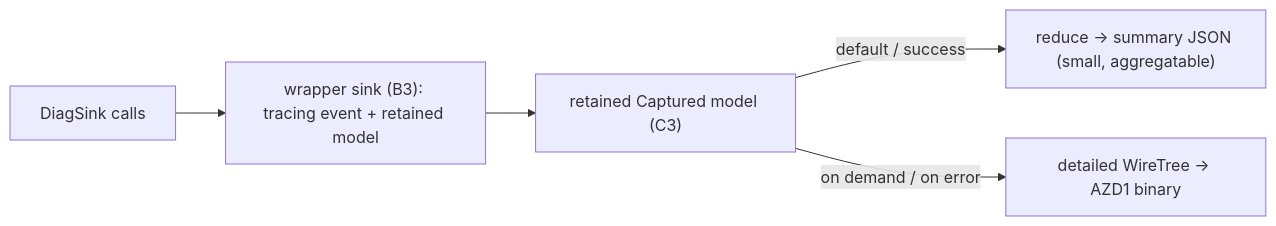
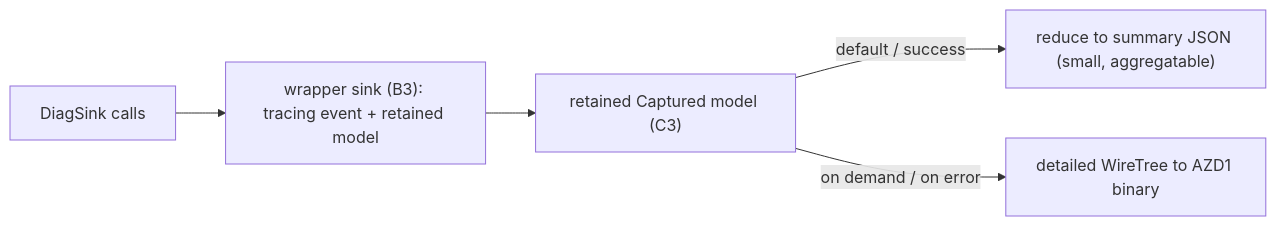
The third of 3 diagrams in DIAGNOSTICS-POC-REPORT.md (NaluTripician/azure-sdk-for-rust), drawn with Mermaid before and after one commit. The commit also changed other lines of this file, not shown here.

First line of the commit message:
Rename combos to descriptive names; fix mermaid labels

````diff
--- a/DIAGNOSTICS-POC-REPORT.md
+++ b/DIAGNOSTICS-POC-REPORT.md
@@ -198,7 +199,7 @@
 ```mermaid
 flowchart LR
   D[DiagSink calls] --> WR["wrapper sink (B3): tracing event + retained model"]
   WR --> M["retained Captured model (C3)"]
-  M -->|default / success| SUM["reduce → summary JSON (small, aggregatable)"]
-  M -->|on demand / on error| DET["detailed WireTree → AZD1 binary"]
+  M -->|default / success| SUM["reduce to summary JSON (small, aggregatable)"]
+  M -->|on demand / on error| DET["detailed WireTree to AZD1 binary"]
 ```
````
